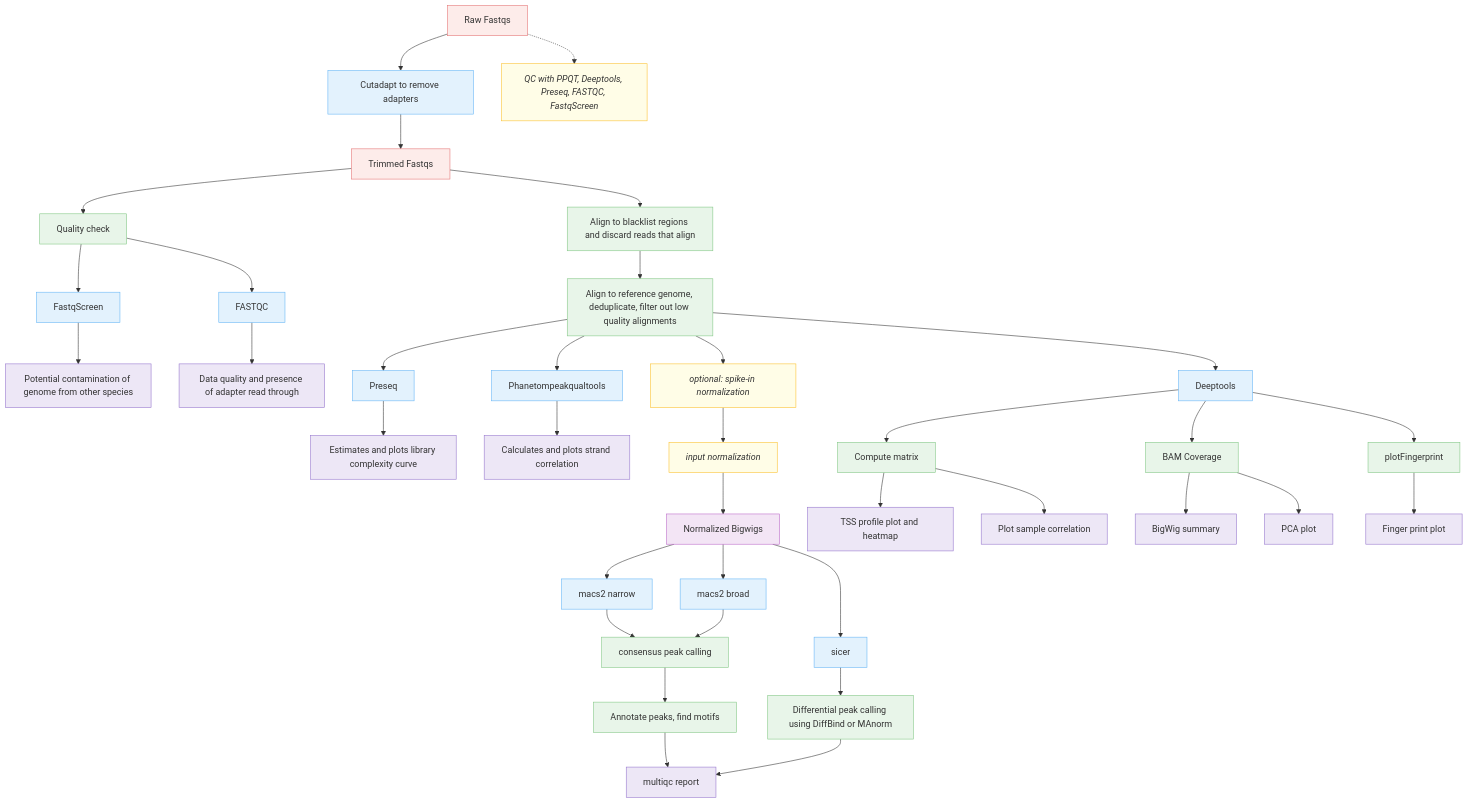
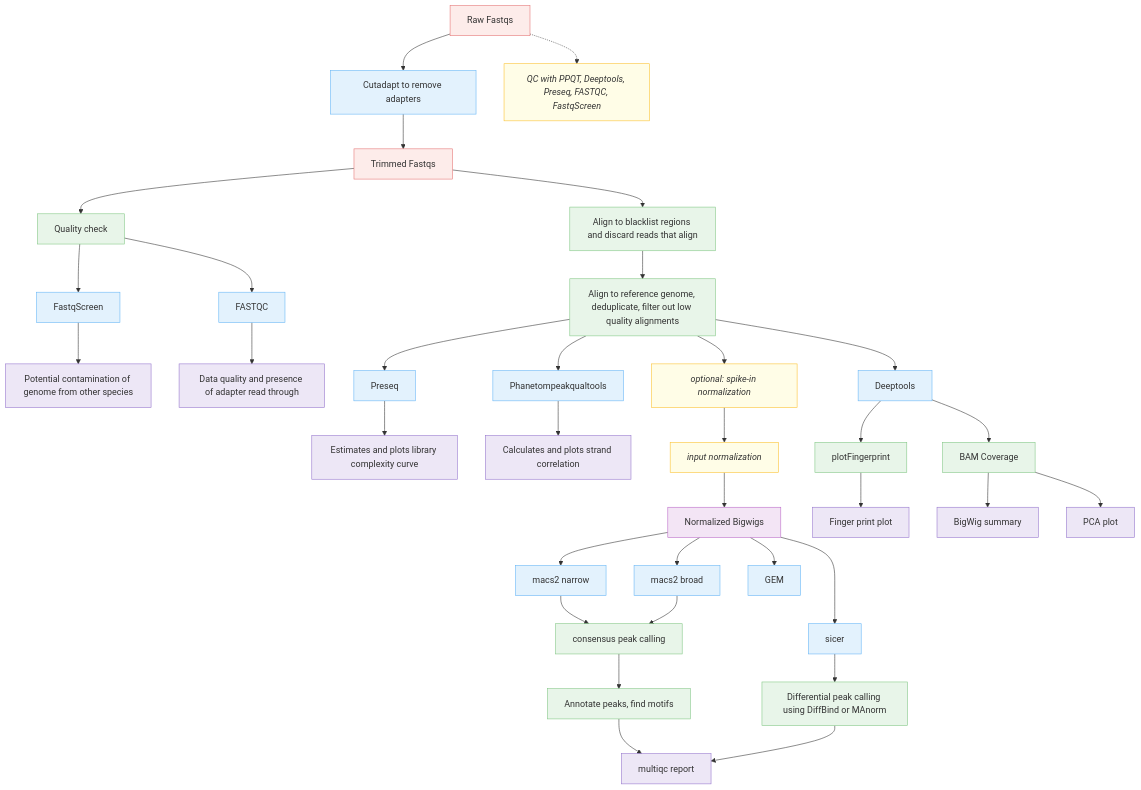
One commit to CCBR/CHAMPAGNE changed the first of 2 diagrams in docs/diagram/index.md. Above: the diagram before and after it, drawn with Mermaid. The commit also changed other lines of this file, not shown here.

Commit message:
Included GEM in the peak calling tools.

````diff
--- a/docs/diagram/index.md
+++ b/docs/diagram/index.md
@@ -3,73 +3,74 @@
 ```mermaid
 
 flowchart TB
 
   %% Input
   %%Raw["Raw Fastqs"]:::input -->|Adapter trimming| Trimmed["Trimmed Fastqs"]:::input
   Raw["Raw Fastqs"]:::input --> Cleanup["Cutadapt to remove adapters"]:::tool
   Cleanup --> Trimmed["Trimmed Fastqs"]:::input
   %%Adapter trimming --> Trimmed["Trimmed Fastqs"]:::input
   Raw -.-> QCnote["QC with PPQT, Deeptools, Preseq, FASTQC, FastqScreen"]:::note
   %%Trimmed --> Cutadapt["cutadapt"]:::process
   %%Cutadapt --> Trimmed
 
   %% Quality Control
   Trimmed --> QC["Quality check"]:::process
   QC --> FastqScreen["FastqScreen"]:::tool
   FastqScreen --> Contaminants["Potential contamination of genome from other species"]:::output
   QC --> FASTQC["FASTQC"]:::tool
   FASTQC --> QC_results["Data quality and presence of adapter read through"]:::output
   %%QC --> Phantom["Phantompeakqualtools"]:::tool
   %%QC --> Deeptools["Deeptools"]:::tool
 
   %% Blacklist filtering
   Trimmed --> Blacklist["Align to blacklist regions and discard reads that align"]:::process
 
   %% Preseq and alignment
   %%Align["Align to reference genome, deduplicate, filter out low quality alignments"]:::process --> Preseq["Preseq"]:::tool
   Blacklist --> Align["Align to reference genome, deduplicate, filter out low quality alignments"]:::process
   Align --> Preseq["Preseq"]:::tool
   Preseq --> Cc["Estimates and plots library complexity curve"]:::output
 
   %% Phantompeakqualtools and alignment
   Align --> Ppqt["Phanetompeakqualtools"]:::tool
   Ppqt --> Scc["Calculates and plots strand correlation"]:::output
 
   %% Spike-in normalization (optional)
   Align --> Spike["optional: spike-in normalization"]:::note
   Spike --> InputNorm["input normalization"]:::note
   InputNorm --> NormBigwigs["Normalized Bigwigs"]:::data
 
   %% Deeptools steps
   Align --> Deeptools2["Deeptools"]:::tool
-  Deeptools2 --> Matrix["Compute matrix"]:::process
+  %%Deeptools2 --> Matrix["Compute matrix"]:::process
   Deeptools2 --> BAMcov["BAM Coverage"]:::process
   Deeptools2 --> Fingerprint["plotFingerprint"]:::process
   Fingerprint --> Fingerprintplot["Finger print plot"]:::output
 
-  Matrix --> Heatmap["TSS profile plot and heatmap"]:::output
+  %%Matrix --> Heatmap["TSS profile plot and heatmap"]:::output
   BAMcov --> Bigwig["BigWig summary"]:::output
   BAMcov --> PCA["PCA plot"]:::output
-  Matrix --> Correlation["Plot sample correlation"]:::output
+  %%Matrix --> Correlation["Plot sample correlation"]:::output
 
   %% Peak calling
   NormBigwigs --> MACS2narrow["macs2 narrow"]:::tool
   NormBigwigs --> MACS2broad["macs2 broad"]:::tool
   NormBigwigs --> SICER["sicer"]:::tool
+  NormBigwigs --> GEM["GEM"]:::tool
 
   MACS2narrow --> Consensus["consensus peak calling"]:::process
   MACS2broad --> Consensus
   SICER --> Diffbind["Differential peak calling using DiffBind or MAnorm"]:::process
 
   Consensus --> Annotate["Annotate peaks, find motifs"]:::process
   Annotate --> MultiQC["multiqc report"]:::output
   Diffbind --> MultiQC
 
   %% Styles
   classDef input fill:#fdecea,stroke:#e57373,stroke-width:1px;
   classDef process fill:#e8f5e9,stroke:#81c784,stroke-width:1px;
   classDef tool fill:#e3f2fd,stroke:#64b5f6,stroke-width:1px;
   classDef note fill:#fffde7,stroke:#fbc02d,stroke-width:1px,font-style:italic;
   classDef output fill:#ede7f6,stroke:#9575cd,stroke-width:1px;
   classDef data fill:#f3e5f5,stroke:#ba68c8,stroke-width:1px;
 ```
````
